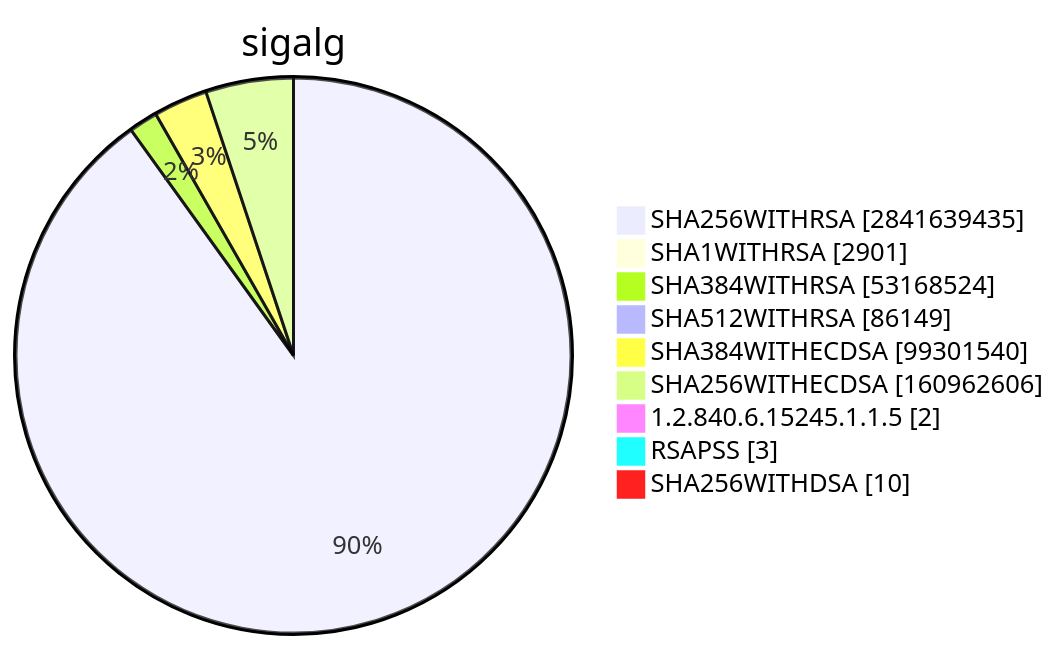
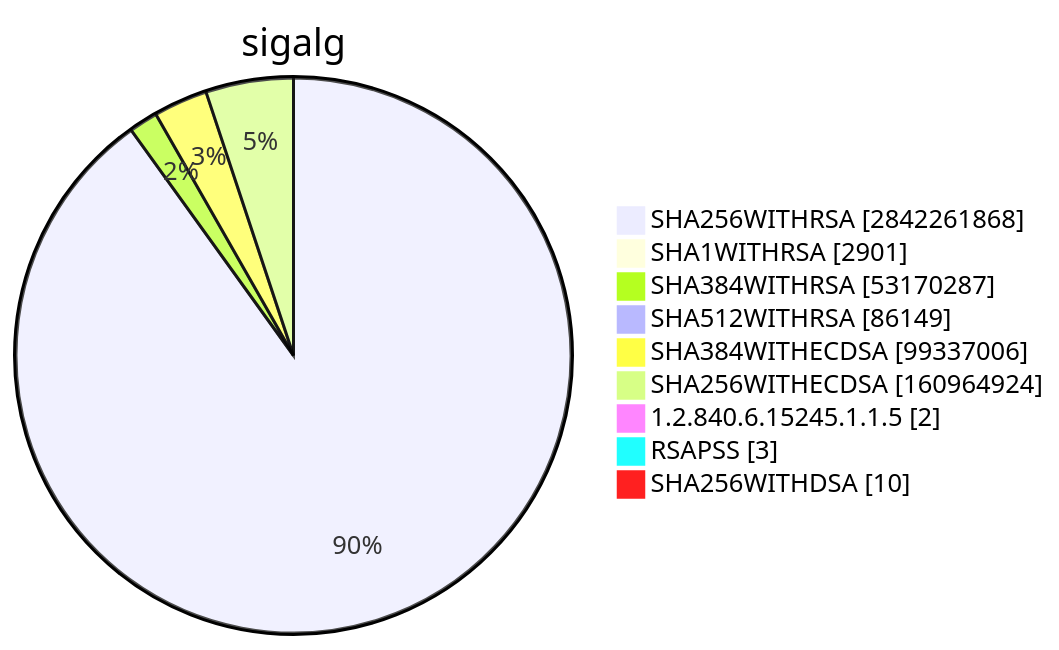
One commit to christiankrug/ctmonitor_visualization changed diagram 15 of 15 in TOTAL/README.md. Above: the diagram before and after it, drawn with Mermaid. The commit also changed other lines of this file, not shown here.

````diff
--- a/TOTAL/README.md
+++ b/TOTAL/README.md
@@ -6207,13 +6207,13 @@
 ```mermaid
 pie showData
 title sigalg
-"SHA256WITHRSA" :2841639435
+"SHA256WITHRSA" :2842261868
 "SHA1WITHRSA" :2901
-"SHA384WITHRSA" :53168524
+"SHA384WITHRSA" :53170287
 "SHA512WITHRSA" :86149
-"SHA384WITHECDSA" :99301540
-"SHA256WITHECDSA" :160962606
+"SHA384WITHECDSA" :99337006
+"SHA256WITHECDSA" :160964924
 "1.2.840.6.15245.1.1.5" :2
 "RSAPSS" :3
 "SHA256WITHDSA" :10
 ```
````
